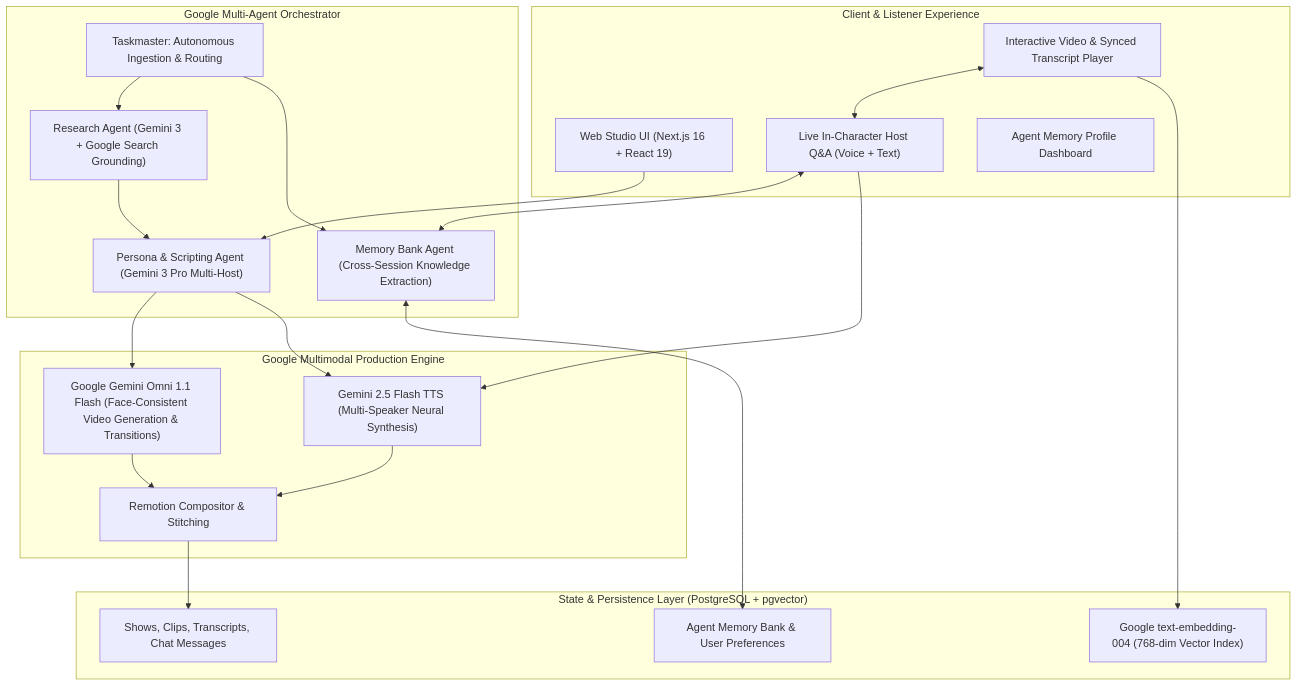
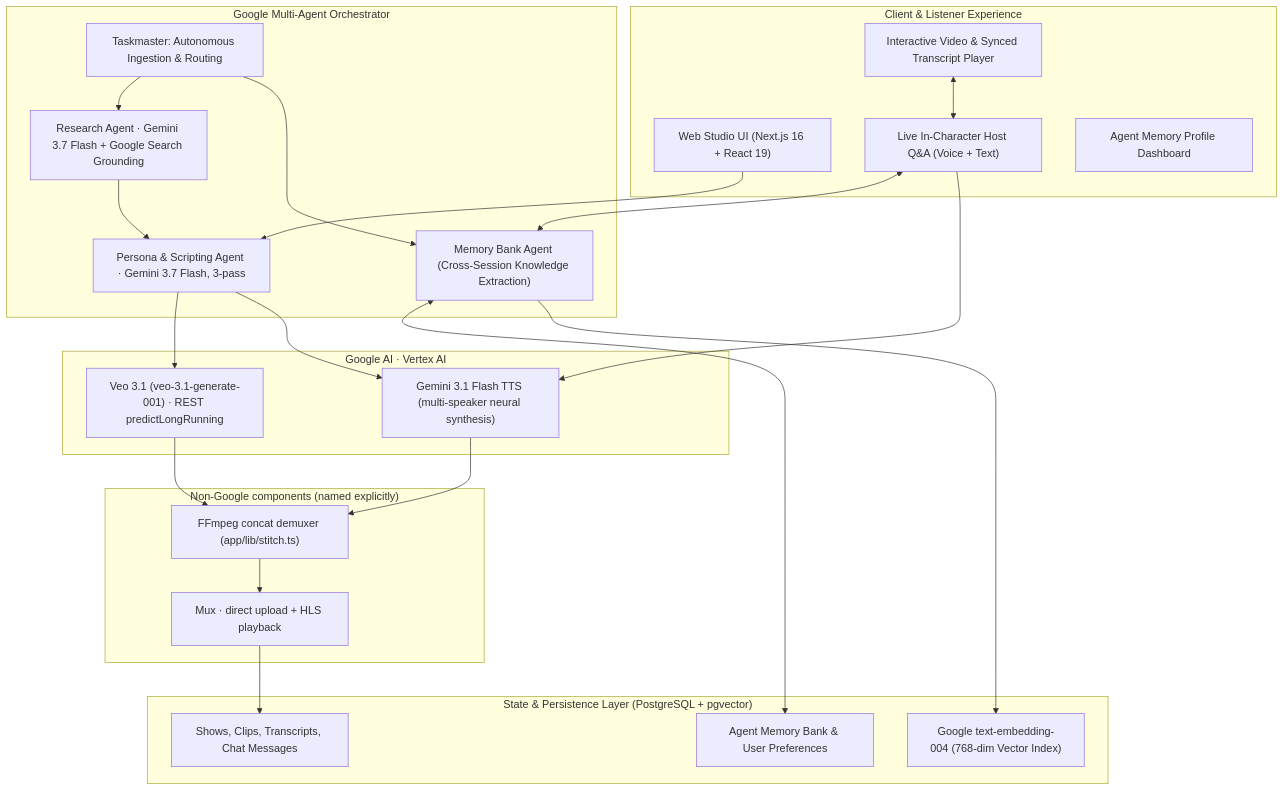
One commit to arjunlohan/multimodal-frontier-hackathon-interdimensional-cable changed the diagram in README.md. Above: the diagram before and after it, drawn with Mermaid. The commit also changed other lines of this file and 13 other files, not shown here.

First line of the commit message:
fix: correct every false claim; repair the Taskmaster demo; wire memory to generation

````diff
--- a/README.md
+++ b/README.md
@@ -45,45 +45,50 @@
 ```mermaid
 flowchart TB
     subgraph ClientLayer ["Client & Listener Experience"]
         UserUI["Web Studio UI (Next.js 16 + React 19)"]
         LivePlayer["Interactive Video & Synced Transcript Player"]
         ChatEngine["Live In-Character Host Q&A (Voice + Text)"]
         MemoryView["Agent Memory Profile Dashboard"]
     end
 
     subgraph AgentCore ["Google Multi-Agent Orchestrator"]
         TaskmasterAgent["Taskmaster: Autonomous Ingestion & Routing"]
-        ResearchAgent["Research Agent (Gemini 3 + Google Search Grounding)"]
-        DramaturgyAgent["Persona & Scripting Agent (Gemini 3 Pro Multi-Host)"]
+        ResearchAgent["Research Agent · Gemini 3.7 Flash + Google Search Grounding"]
+        DramaturgyAgent["Persona & Scripting Agent · Gemini 3.7 Flash, 3-pass"]
         MemoryBankAgent["Memory Bank Agent (Cross-Session Knowledge Extraction)"]
     end
 
-    subgraph MultimodalEngine ["Google Multimodal Production Engine"]
-        OmniVideoGen["Google Gemini Omni 1.1 Flash (Face-Consistent Video Generation & Transitions)"]
-        GeminiTTS["Gemini 2.5 Flash TTS (Multi-Speaker Neural Synthesis)"]
-        RemotionEngine["Remotion Compositor & Stitching"]
+    subgraph GoogleAI ["Google AI · Vertex AI"]
+        VideoGen["Veo 3.1 (veo-3.1-generate-001) · REST predictLongRunning"]
+        GeminiTTS["Gemini 3.1 Flash TTS (multi-speaker neural synthesis)"]
+    end
+
+    subgraph External ["Non-Google components (named explicitly)"]
+        FFmpeg["FFmpeg concat demuxer (app/lib/stitch.ts)"]
+        MuxDelivery["Mux · direct upload + HLS playback"]
     end
 
     subgraph DataLayer ["State & Persistence Layer (PostgreSQL + pgvector)"]
         DBSchema["Shows, Clips, Transcripts, Chat Messages"]
         DBMemory["Agent Memory Bank & User Preferences"]
         DBVector["Google text-embedding-004 (768-dim Vector Index)"]
     end
 
     UserUI --> DramaturgyAgent
     TaskmasterAgent --> ResearchAgent
     TaskmasterAgent --> MemoryBankAgent
     MemoryBankAgent <--> DBMemory
 
     ResearchAgent --> DramaturgyAgent
-    DramaturgyAgent --> OmniVideoGen
+    DramaturgyAgent --> VideoGen
     DramaturgyAgent --> GeminiTTS
-    OmniVideoGen --> RemotionEngine
-    GeminiTTS --> RemotionEngine
-    RemotionEngine --> DBSchema
+    VideoGen --> FFmpeg
+    GeminiTTS --> FFmpeg
+    FFmpeg --> MuxDelivery
+    MuxDelivery --> DBSchema
 
     LivePlayer <--> ChatEngine
     ChatEngine <--> MemoryBankAgent
     ChatEngine --> GeminiTTS
-    LivePlayer --> DBVector
+    MemoryBankAgent --> DBVector
 ```
````
